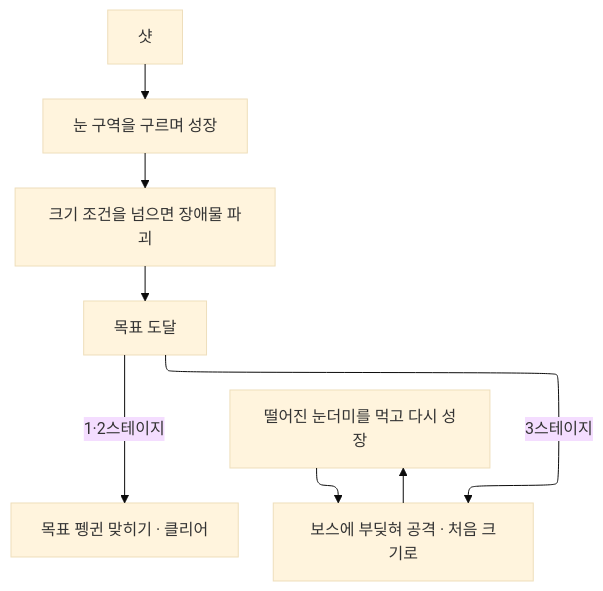
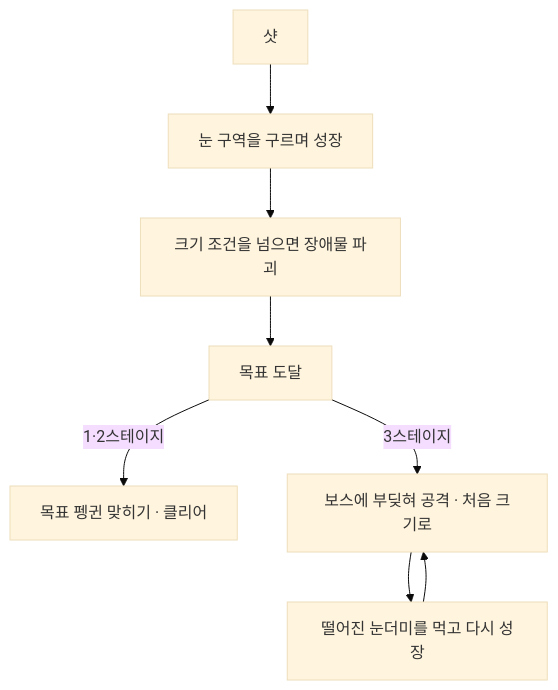
Before and after one commit to Lets-Gitit/portfolio: the first of 2 diagrams in src/4-snowball-golf/기술문서.md, drawn with Mermaid (base theme).

Commit message:
다이얼로그 수정

````diff
--- a/src/4-snowball-golf/기술문서.md
+++ b/src/4-snowball-golf/기술문서.md
@@ -60,14 +60,10 @@
 ```mermaid
----
-config:
-  layout: elk
----
 flowchart TD
     A["샷"] --> B["눈 구역을 구르며 성장"]
     B --> C["크기 조건을 넘으면 장애물 파괴"]
     C --> D["목표 도달"]
     D -->|"1·2스테이지"| E["목표 펭귄 맞히기 · 클리어"]
     D -->|"3스테이지"| F["보스에 부딪혀 공격 · 처음 크기로"]
     F --> G["떨어진 눈더미를 먹고 다시 성장"]
     G --> F
 ```
````
